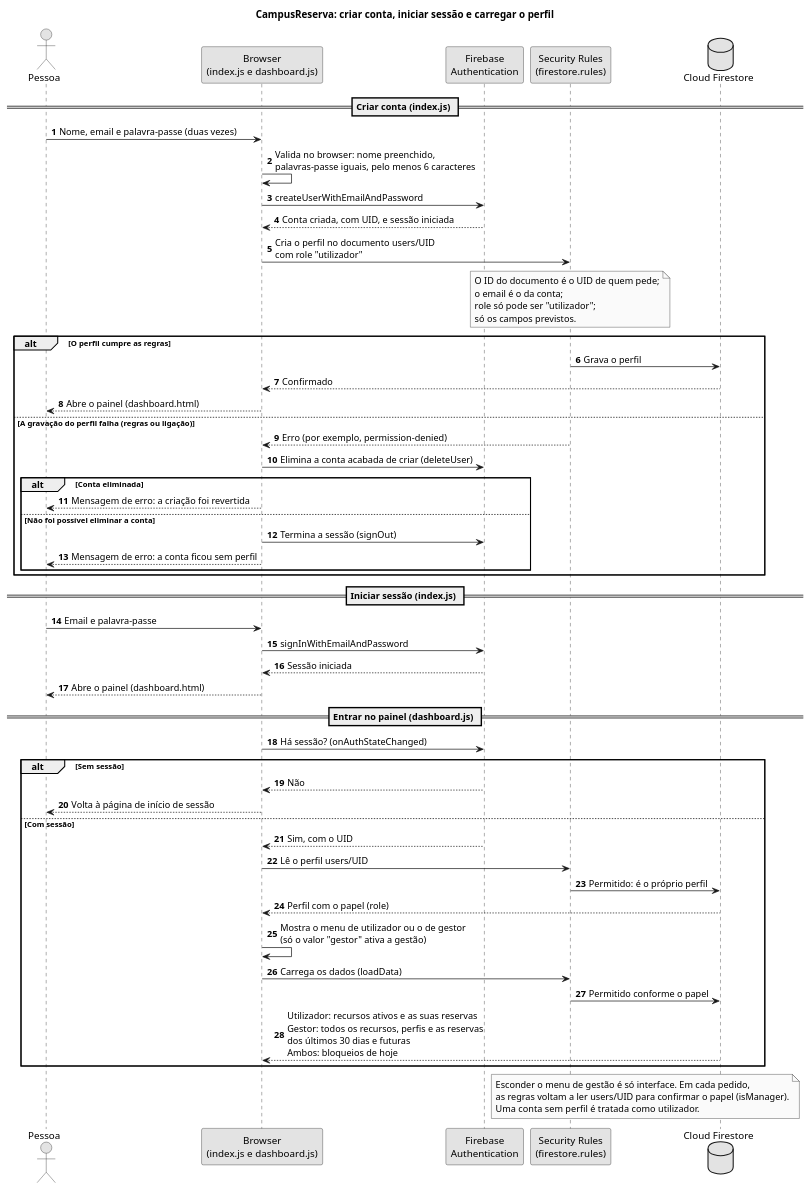
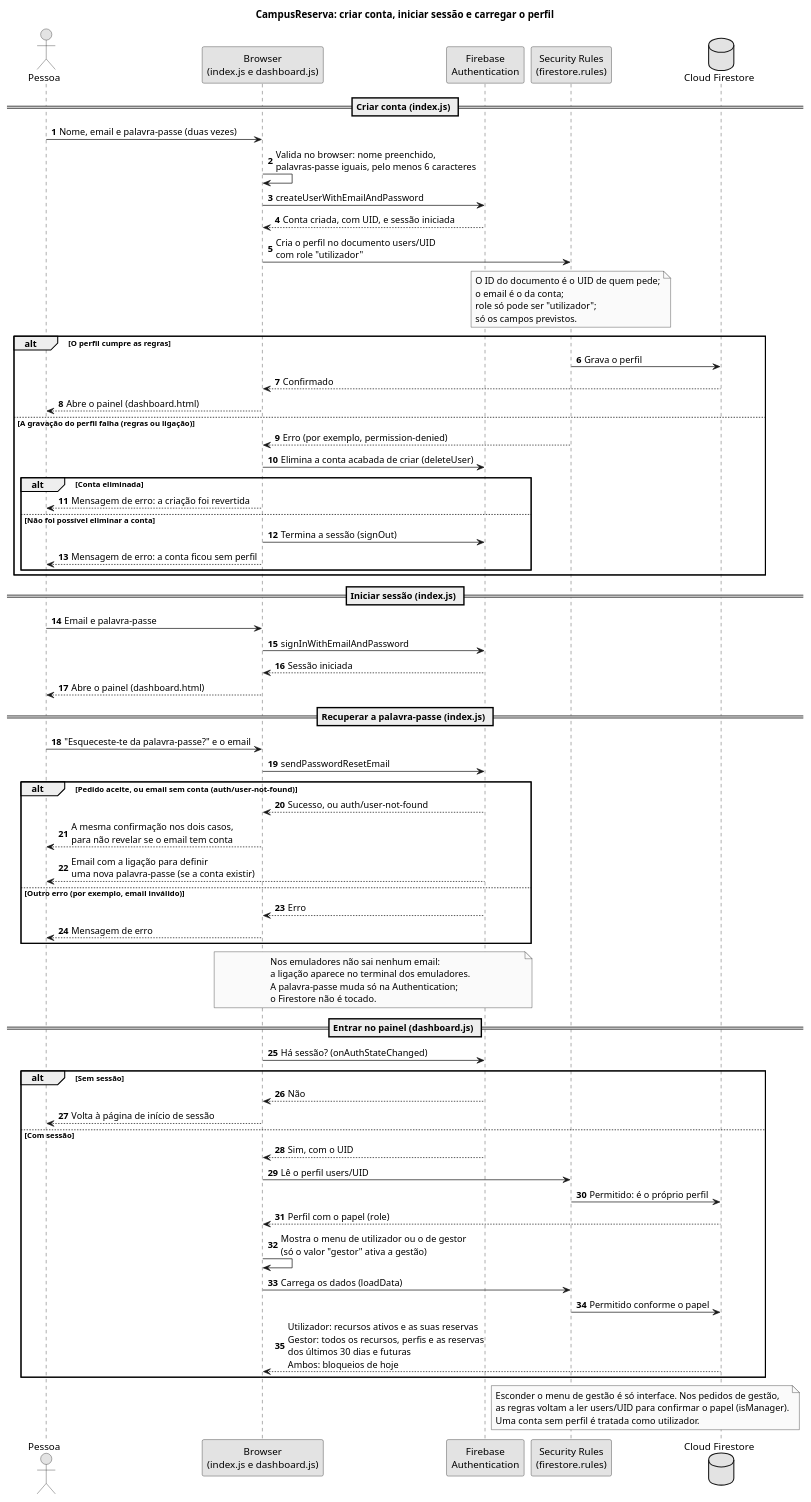
Before and after one commit to diogofcpereira/CampusReserva: the diagram in docs/diagramas/sequencia-autenticacao.puml, drawn with PlantUML. The commit also changed 16 other files, not shown here.

Commit message:
Diagramas update - concordância com o código

```diff
--- a/docs/diagramas/sequencia-autenticacao.puml
+++ b/docs/diagramas/sequencia-autenticacao.puml
@@ -1,75 +1,95 @@
 @startuml sequencia-autenticacao
 
 title CampusReserva: criar conta, iniciar sessão e carregar o perfil
 
 skinparam monochrome true
 skinparam shadowing false
 autonumber
 
 actor "Pessoa" as P
 participant "Browser\n(index.js e dashboard.js)" as B
 participant "Firebase\nAuthentication" as A
 participant "Security Rules\n(firestore.rules)" as R
 database "Cloud Firestore" as F
 
 == Criar conta (index.js) ==
 
 P -> B : Nome, email e palavra-passe (duas vezes)
 B -> B : Valida no browser: nome preenchido,\npalavras-passe iguais, pelo menos 6 caracteres
 B -> A : createUserWithEmailAndPassword
 A --> B : Conta criada, com UID, e sessão iniciada
 B -> R : Cria o perfil no documento users/UID\ncom role "utilizador"
 
 note over R
   O ID do documento é o UID de quem pede;
   o email é o da conta;
   role só pode ser "utilizador";
   só os campos previstos.
 end note
 
 alt O perfil cumpre as regras
   R -> F : Grava o perfil
   F --> B : Confirmado
   B --> P : Abre o painel (dashboard.html)
 else A gravação do perfil falha (regras ou ligação)
   R --> B : Erro (por exemplo, permission-denied)
   B -> A : Elimina a conta acabada de criar (deleteUser)
   alt Conta eliminada
     B --> P : Mensagem de erro: a criação foi revertida
   else Não foi possível eliminar a conta
     B -> A : Termina a sessão (signOut)
     B --> P : Mensagem de erro: a conta ficou sem perfil
   end
 end
 
 == Iniciar sessão (index.js) ==
 
 P -> B : Email e palavra-passe
 B -> A : signInWithEmailAndPassword
 A --> B : Sessão iniciada
 B --> P : Abre o painel (dashboard.html)
 
+== Recuperar a palavra-passe (index.js) ==
+
+P -> B : "Esqueceste-te da palavra-passe?" e o email
+B -> A : sendPasswordResetEmail
+alt Pedido aceite, ou email sem conta (auth/user-not-found)
+  A --> B : Sucesso, ou auth/user-not-found
+  B --> P : A mesma confirmação nos dois casos,\npara não revelar se o email tem conta
+  A --> P : Email com a ligação para definir\numa nova palavra-passe (se a conta existir)
+else Outro erro (por exemplo, email inválido)
+  A --> B : Erro
+  B --> P : Mensagem de erro
+end
+
+note over B, A
+  Nos emuladores não sai nenhum email:
+  a ligação aparece no terminal dos emuladores.
+  A palavra-passe muda só na Authentication;
+  o Firestore não é tocado.
+end note
+
 == Entrar no painel (dashboard.js) ==
 
 B -> A : Há sessão? (onAuthStateChanged)
 
 alt Sem sessão
   A --> B : Não
   B --> P : Volta à página de início de sessão
 else Com sessão
   A --> B : Sim, com o UID
   B -> R : Lê o perfil users/UID
   R -> F : Permitido: é o próprio perfil
   F --> B : Perfil com o papel (role)
   B -> B : Mostra o menu de utilizador ou o de gestor\n(só o valor "gestor" ativa a gestão)
   B -> R : Carrega os dados (loadData)
   R -> F : Permitido conforme o papel
   F --> B : Utilizador: recursos ativos e as suas reservas\nGestor: todos os recursos, perfis e as reservas\ndos últimos 30 dias e futuras\nAmbos: bloqueios de hoje
 end
 
 note over R, F
-  Esconder o menu de gestão é só interface. Em cada pedido,
+  Esconder o menu de gestão é só interface. Nos pedidos de gestão,
   as regras voltam a ler users/UID para confirmar o papel (isManager).
   Uma conta sem perfil é tratada como utilizador.
 end note
 @enduml
```
